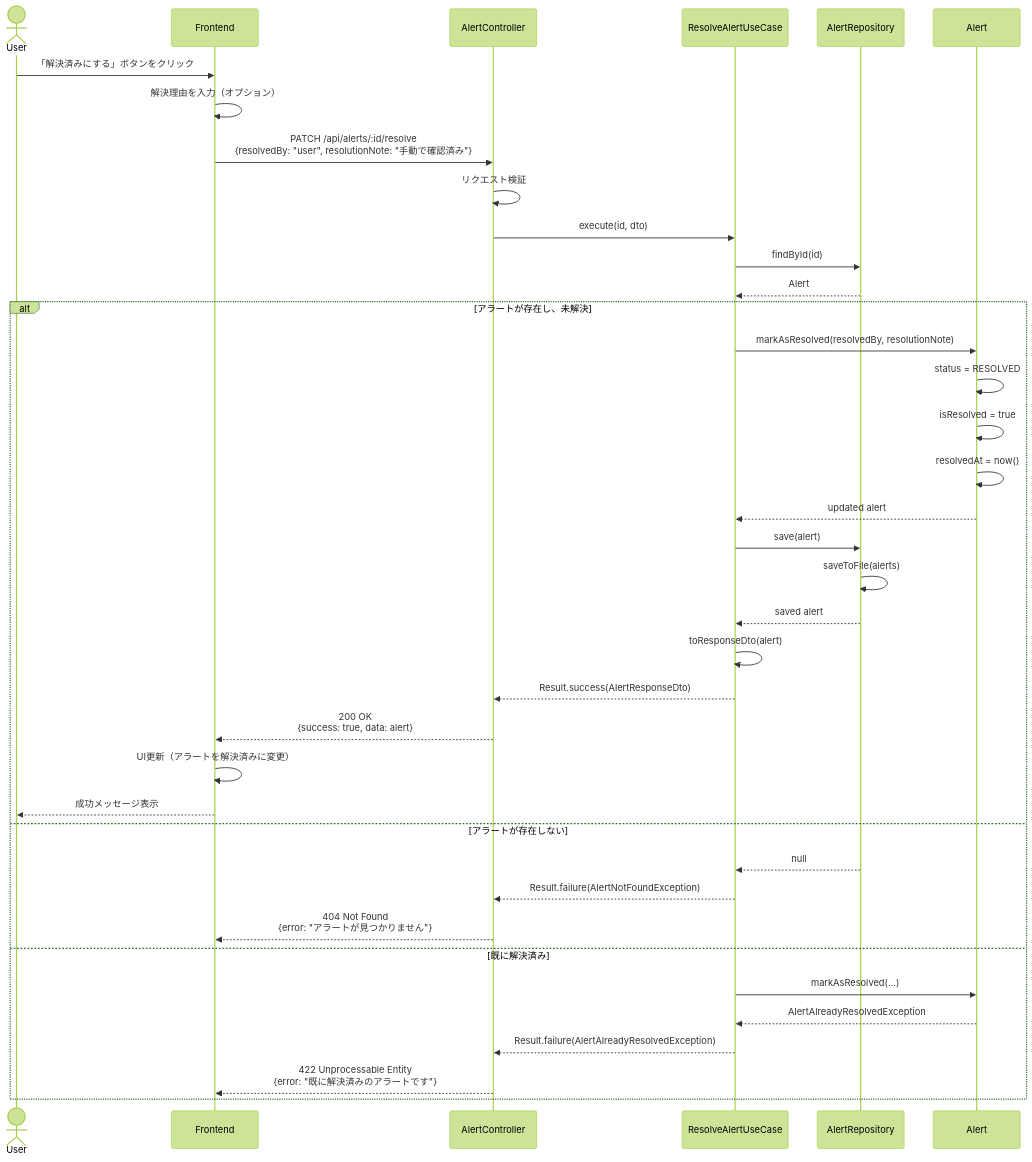
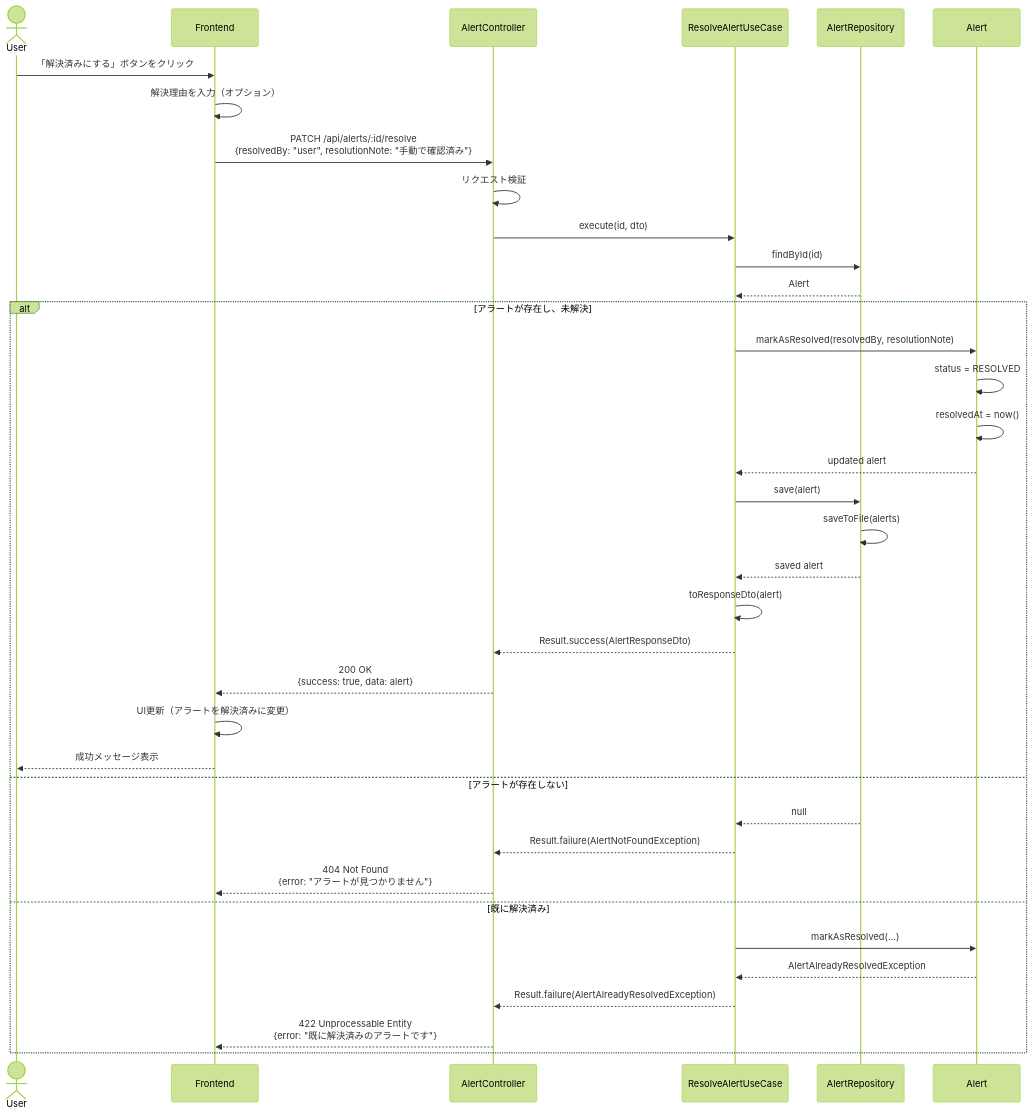
The third of 8 diagrams in docs/detailed-design/FR-015_inconsistency-alert/sequence-diagrams.md (kencom2400/account-book), drawn with Mermaid (forest theme) before and after one commit. The commit also changed other lines of this file and 3 other files, not shown here.

````diff
--- a/docs/detailed-design/FR-015_inconsistency-alert/sequence-diagrams.md
+++ b/docs/detailed-design/FR-015_inconsistency-alert/sequence-diagrams.md
@@ -192,50 +200,49 @@
 ```mermaid
 sequenceDiagram
     actor User
     participant FE as Frontend
     participant API as AlertController
     participant UC as ResolveAlertUseCase
     participant AR as AlertRepository
     participant Entity as Alert
 
     User->>FE: 「解決済みにする」ボタンをクリック
 
     FE->>FE: 解決理由を入力（オプション）
     FE->>API: PATCH /api/alerts/:id/resolve<br/>{resolvedBy: "user", resolutionNote: "手動で確認済み"}
 
     API->>API: リクエスト検証
 
     API->>UC: execute(id, dto)
 
     UC->>AR: findById(id)
     AR-->>UC: Alert
 
     alt アラートが存在し、未解決
         UC->>Entity: markAsResolved(resolvedBy, resolutionNote)
         Entity->>Entity: status = RESOLVED
-        Entity->>Entity: isResolved = true
         Entity->>Entity: resolvedAt = now()
         Entity-->>UC: updated alert
 
         UC->>AR: save(alert)
         AR->>AR: saveToFile(alerts)
         AR-->>UC: saved alert
 
         UC->>UC: toResponseDto(alert)
         UC-->>API: Result.success(AlertResponseDto)
 
         API-->>FE: 200 OK<br/>{success: true, data: alert}
 
         FE->>FE: UI更新（アラートを解決済みに変更）
         FE-->>User: 成功メッセージ表示
     else アラートが存在しない
         AR-->>UC: null
         UC-->>API: Result.failure(AlertNotFoundException)
         API-->>FE: 404 Not Found<br/>{error: "アラートが見つかりません"}
     else 既に解決済み
         UC->>Entity: markAsResolved(...)
         Entity-->>UC: AlertAlreadyResolvedException
         UC-->>API: Result.failure(AlertAlreadyResolvedException)
         API-->>FE: 422 Unprocessable Entity<br/>{error: "既に解決済みのアラートです"}
     end
 ```
````
